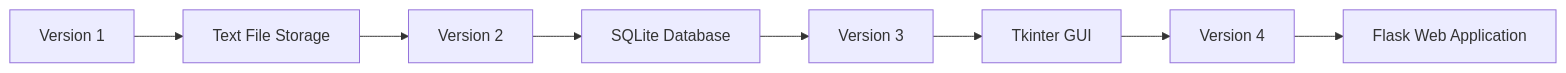
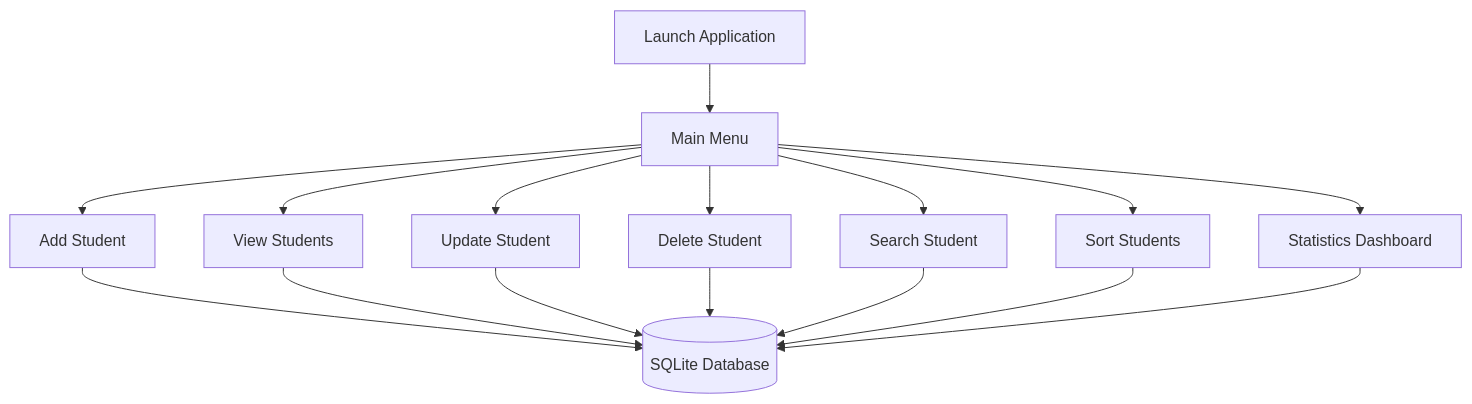
The second of 3 diagrams in README.md (soumith-64/student-management-system-sqlite), drawn with Mermaid before and after one commit. The commit also changed other lines of this file, not shown here.

````diff
--- a/README.md
+++ b/README.md
@@ -351,19 +261,63 @@
 ```mermaid
-flowchart LR
+flowchart TD
 
-A[Version 1]
+A[Launch Application]
 
--->B[Text File Storage]
+-->B[Main Menu]
 
--->C[Version 2]
+B
 
--->D[SQLite Database]
+-->C[Add Student]
 
--->E[Version 3]
+B
 
--->F[Tkinter GUI]
+-->D[View Students]
 
--->G[Version 4]
+B
 
--->H[Flask Web Application]
+-->E[Update Student]
+
+B
+
+-->F[Delete Student]
+
+B
+
+-->G[Search Student]
+
+B
+
+-->H[Sort Students]
+
+B
+
+-->I[Statistics Dashboard]
+
+C
+
+-->J[(SQLite Database)]
+
+D
+
+-->J
+
+E
+
+-->J
+
+F
+
+-->J
+
+G
+
+-->J
+
+H
+
+-->J
+
+I
+
+-->J
 ```
````
